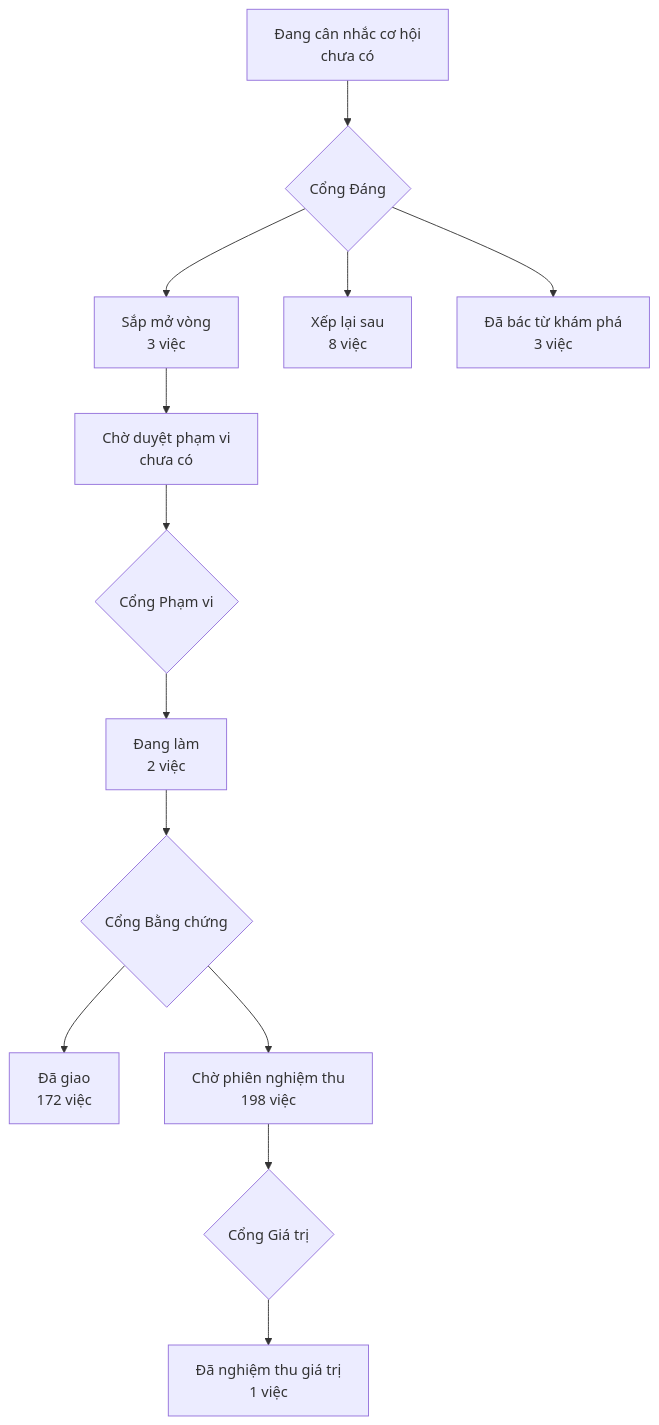
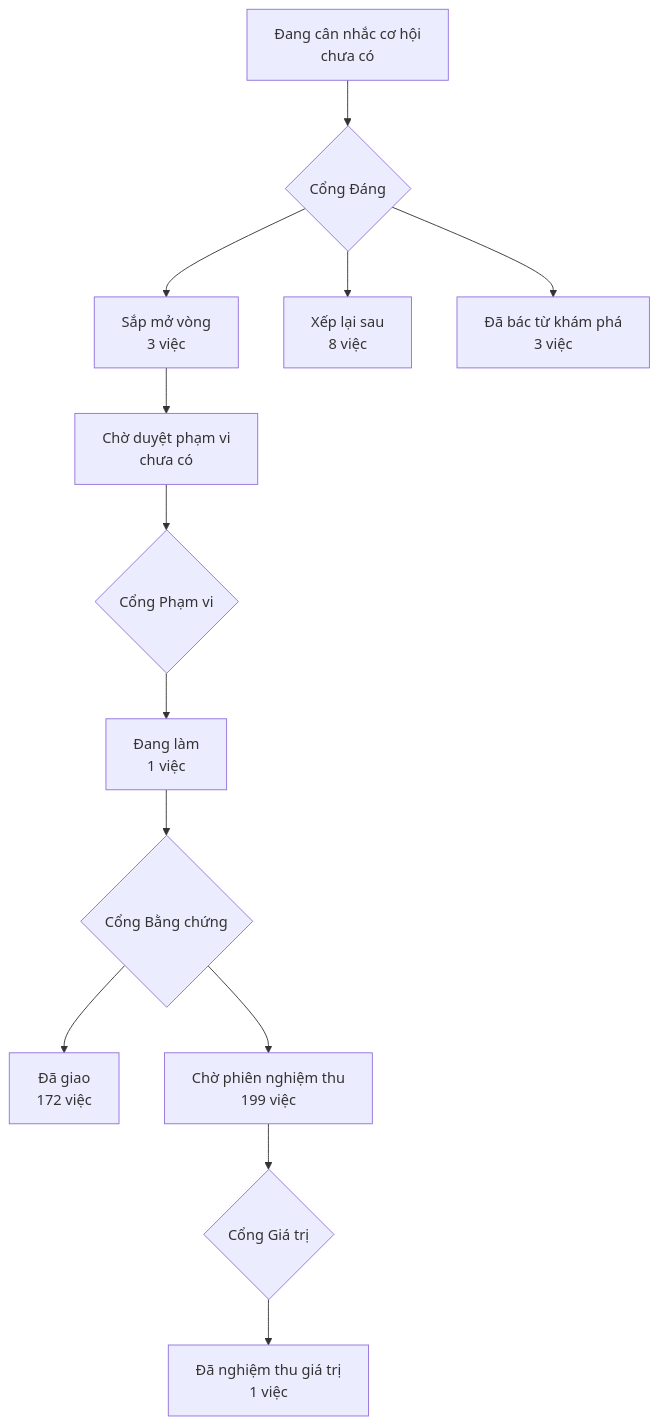
The diagram in PRODUCT-MAP.md (phanlemanh/crm-onehub), drawn with Mermaid before and after one commit. The commit also changed 4 other files, not shown here.

````diff
--- a/PRODUCT-MAP.md
+++ b/PRODUCT-MAP.md
@@ -7,12 +7,12 @@
 ```mermaid
 flowchart TD
   A["Đang cân nhắc cơ hội<br/>chưa có"] --> GD{"Cổng Đáng"}
   GD --> B["Sắp mở vòng<br/>3 việc"]
   GD --> XL["Xếp lại sau<br/>8 việc"]
   GD --> DB["Đã bác từ khám phá<br/>3 việc"]
   B --> CD["Chờ duyệt phạm vi<br/>chưa có"] --> GP{"Cổng Phạm vi"}
-  GP --> DL["Đang làm<br/>2 việc"] --> GB{"Cổng Bằng chứng"}
+  GP --> DL["Đang làm<br/>1 việc"] --> GB{"Cổng Bằng chứng"}
   GB --> DG["Đã giao<br/>172 việc"]
-  GB --> CN["Chờ phiên nghiệm thu<br/>198 việc"] --> GG{"Cổng Giá trị"}
+  GB --> CN["Chờ phiên nghiệm thu<br/>199 việc"] --> GG{"Cổng Giá trị"}
   GG --> NT["Đã nghiệm thu giá trị<br/>1 việc"]
 ```
````
